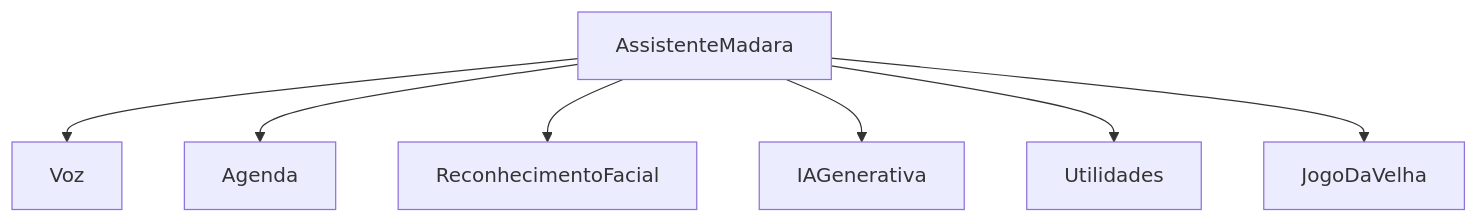
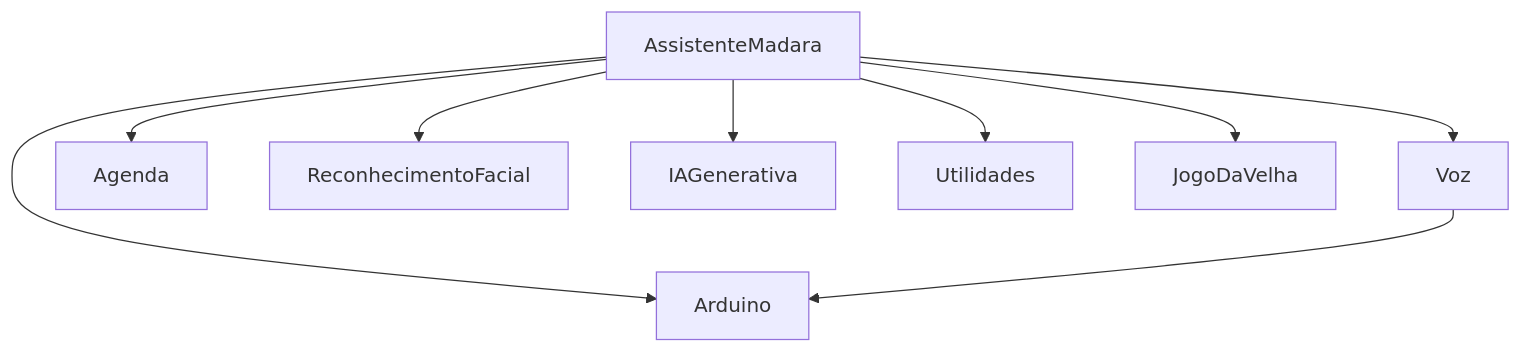
Before and after one commit to Natan-TI/Projeto_FRIDAY: the diagram in README.md, drawn with Mermaid. The commit also changed other lines of this file and 17 other files, not shown here.

````diff
--- a/README.md
+++ b/README.md
@@ -77,9 +102,11 @@
 ```mermaid
 graph TD
     A[AssistenteMadara] --> V[Voz]
     A --> AG[Agenda]
     A --> RF[ReconhecimentoFacial]
     A --> IA[IAGenerativa]
     A --> U[Utilidades]
     A --> J[JogoDaVelha]
+    A --> AR[Arduino]
+    V --> AR
 ```
````
